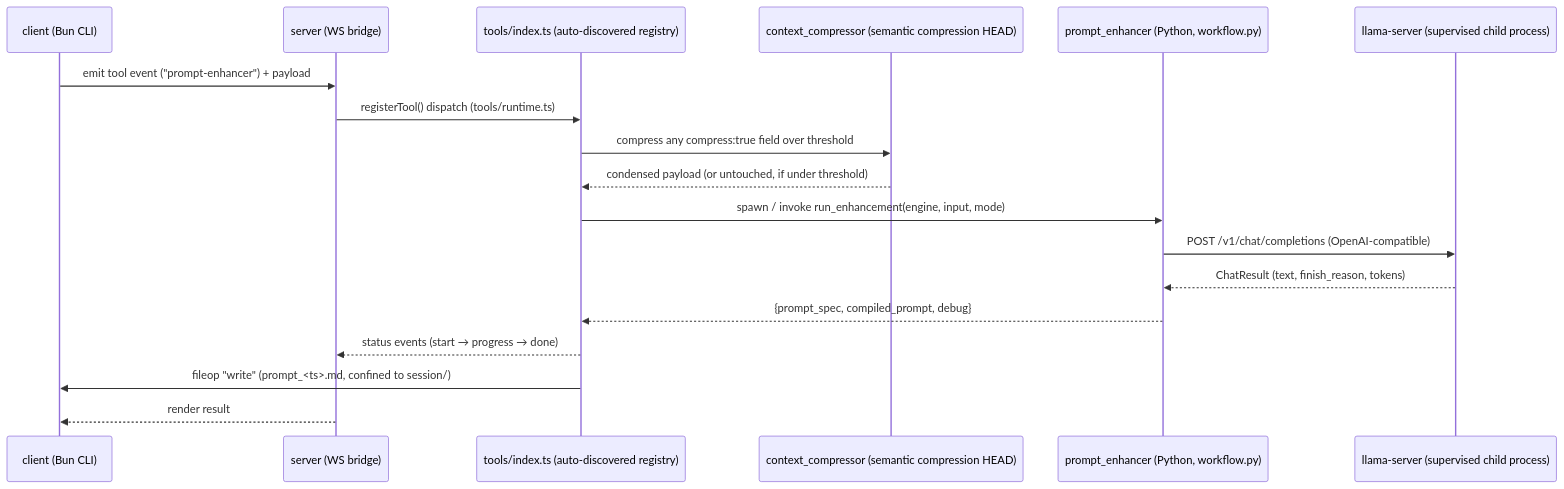
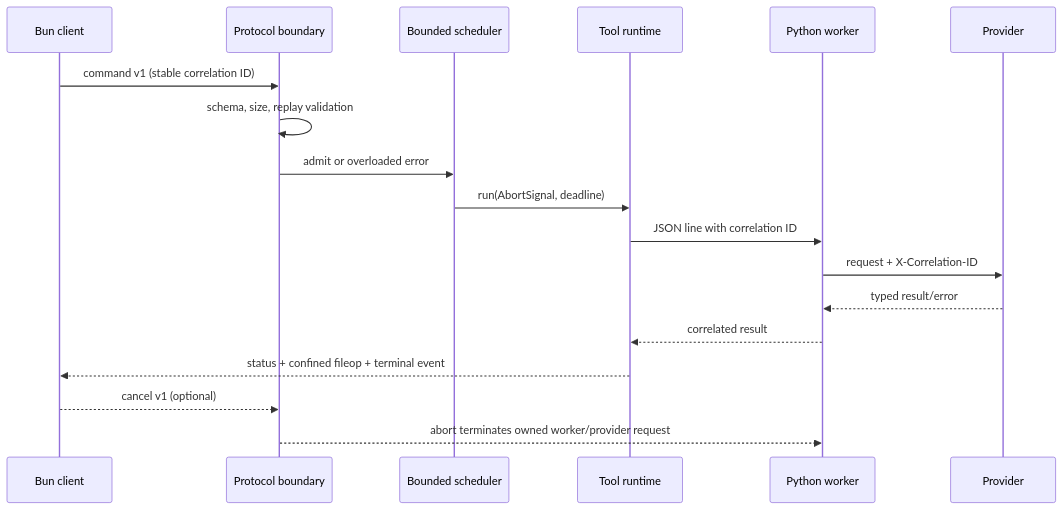
Before and after one commit to PatrickDev-it/cowork-prompt-enhancer: the second of 2 diagrams in docs/architecture.md, drawn with Mermaid. The commit also changed other lines of this file and 51 other files, not shown here.

First line of the commit message:
feat(security): harden protocol and runtime bounds

````diff
--- a/docs/architecture.md
+++ b/docs/architecture.md
@@ -63,21 +40,21 @@
 ```mermaid
 sequenceDiagram
-    participant CLI as client (Bun CLI)
-    participant WS as server (WS bridge)
-    participant Reg as tools/index.ts (auto-discovered registry)
-    participant Comp as context_compressor (semantic compression HEAD)
-    participant PE as prompt_enhancer (Python, workflow.py)
-    participant LS as llama-server (supervised child process)
+    participant C as Bun client
+    participant S as Protocol boundary
+    participant Q as Bounded scheduler
+    participant T as Tool runtime
+    participant P as Python worker
+    participant L as Provider
 
-    CLI->>WS: emit tool event ("prompt-enhancer") + payload
-    WS->>Reg: registerTool() dispatch (tools/runtime.ts)
-    Reg->>Comp: compress any compress:true field over threshold
-    Comp-->>Reg: condensed payload (or untouched, if under threshold)
-    Reg->>PE: spawn / invoke run_enhancement(engine, input, mode)
-    PE->>LS: POST /v1/chat/completions (OpenAI-compatible)
-    LS-->>PE: ChatResult (text, finish_reason, tokens)
-    PE-->>Reg: {prompt_spec, compiled_prompt, debug}
-    Reg-->>WS: status events (start → progress → done)
-    Reg->>CLI: fileop "write" (prompt_<ts>.md, confined to session/)
-    WS-->>CLI: render result
+    C->>S: command v1 (stable correlation ID)
+    S->>S: schema, size, replay validation
+    S->>Q: admit or overloaded error
+    Q->>T: run(AbortSignal, deadline)
+    T->>P: JSON line with correlation ID
+    P->>L: request + X-Correlation-ID
+    L-->>P: typed result/error
+    P-->>T: correlated result
+    T-->>C: status + confined fileop + terminal event
+    C-->>S: cancel v1 (optional)
+    S-->>P: abort terminates owned worker/provider request
 ```
````
